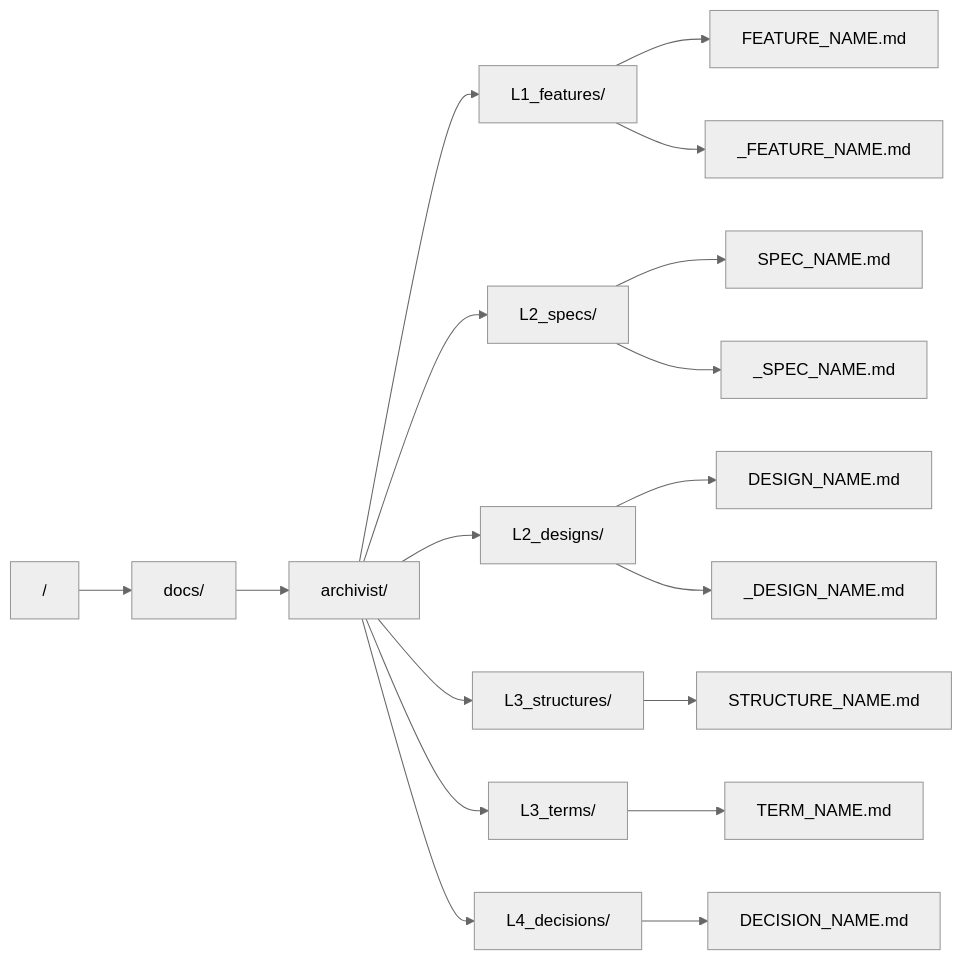
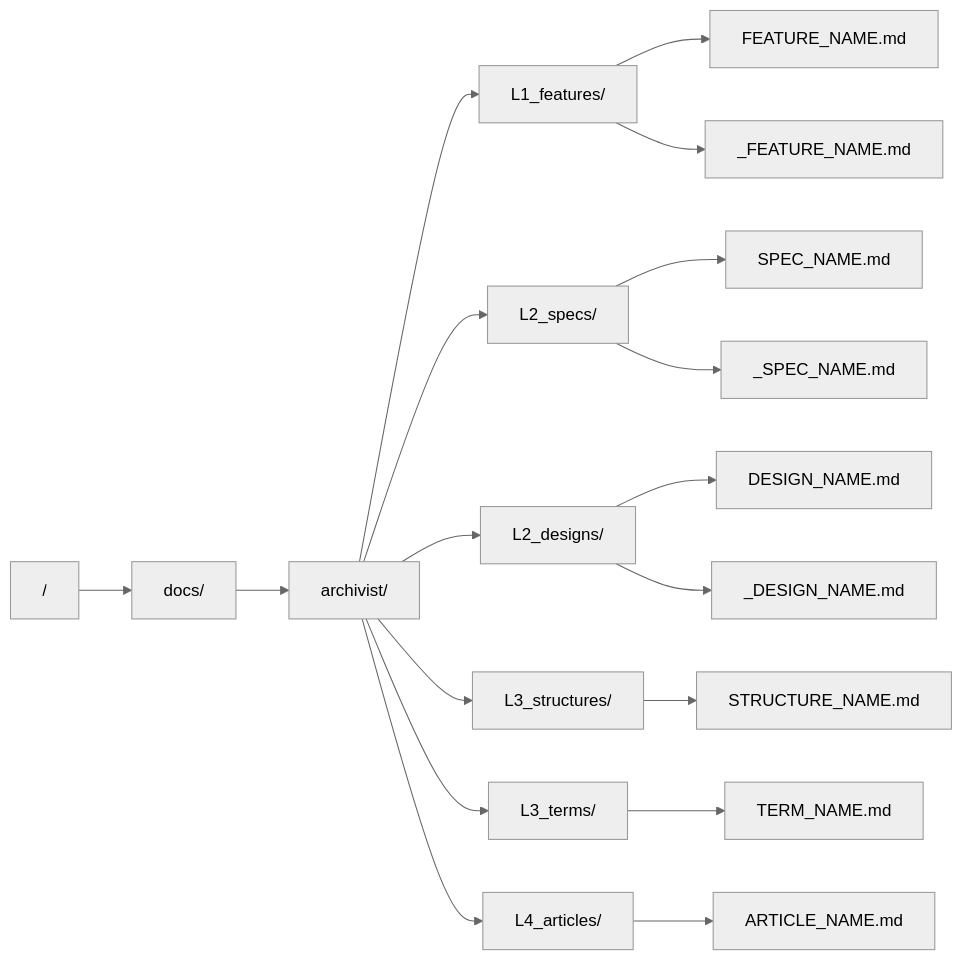
The first of 2 diagrams in docs/archivist/L3_structures/directory-layout.md (gameundwatch/archivist), drawn with Mermaid (neutral theme) before and after one commit. The commit also changed other lines of this file and 79 other files, not shown here.

````diff
--- a/docs/archivist/L3_structures/directory-layout.md
+++ b/docs/archivist/L3_structures/directory-layout.md
@@ -7,32 +7,32 @@
 ```mermaid
 graph LR
 
 ROOT["/"]
 DOCS_ROOT["docs/"]
 ARCHIVIST["archivist/"]
 FEATURES["L1_features/"]
 SPECS["L2_specs/"]
 DESIGNS["L2_designs/"]
 STRUCTURES["L3_structures/"]
 TERMS["L3_terms/"]
-DECISIONS["L4_decisions/"]
+ARTICLES["L4_articles/"]
 
 ROOT --> DOCS_ROOT
 DOCS_ROOT --> ARCHIVIST
 ARCHIVIST --> FEATURES
 ARCHIVIST --> SPECS
 ARCHIVIST --> DESIGNS
 ARCHIVIST --> STRUCTURES
 ARCHIVIST --> TERMS
-ARCHIVIST --> DECISIONS
+ARCHIVIST --> ARTICLES
 FEATURES --> FEATURE_FILE["FEATURE_NAME.md"]
 SPECS --> SPEC_FILE["SPEC_NAME.md"]
 DESIGNS --> DESIGN_FILE["DESIGN_NAME.md"]
 STRUCTURES --> STRUCTURE_FILE["STRUCTURE_NAME.md"]
 TERMS --> TERM_FILE["TERM_NAME.md"]
-DECISIONS --> DECISION_FILE["DECISION_NAME.md"]
+ARTICLES --> ARTICLE_FILE["ARTICLE_NAME.md"]
 
 FEATURES --> UNIMPLEMENTED_FEATURE_FILE["_FEATURE_NAME.md"]
 SPECS --> UNIMPLEMENTED_SPEC_FILE["_SPEC_NAME.md"]
 DESIGNS --> UNIMPLEMENTED_DESIGN_FILE["_DESIGN_NAME.md"]
 ```
````
